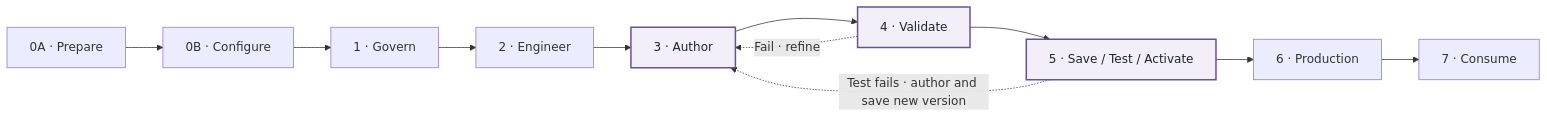
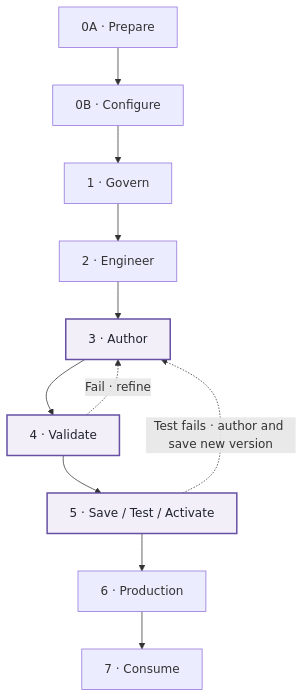
Before and after one commit to Voycepeh/FabricOps-Starter-Kit: the diagram in docs/guided-demo.md, drawn with Mermaid.

Commit message:
docs: render guided demo lifecycle top down

````diff
--- a/docs/guided-demo.md
+++ b/docs/guided-demo.md
@@ -19,9 +19,9 @@
 ```mermaid
-flowchart LR
+flowchart TD
     S0A["0A · Prepare"] --> S0B["0B · Configure"] --> S1["1 · Govern"] --> S2["2 · Engineer"] --> S3["3 · Author"] --> S4["4 · Validate"] --> S5["5 · Save / Test / Activate"] --> S6["6 · Production"] --> S7["7 · Consume"]
     S4 -. "Fail · refine" .-> S3
     S5 -. "Test fails · author and save new version" .-> S3
 
     classDef focal fill:#f2eff8,stroke:#6750a4,stroke-width:2px,color:#20242d;
     class S3,S4,S5 focal;
 ```
````
